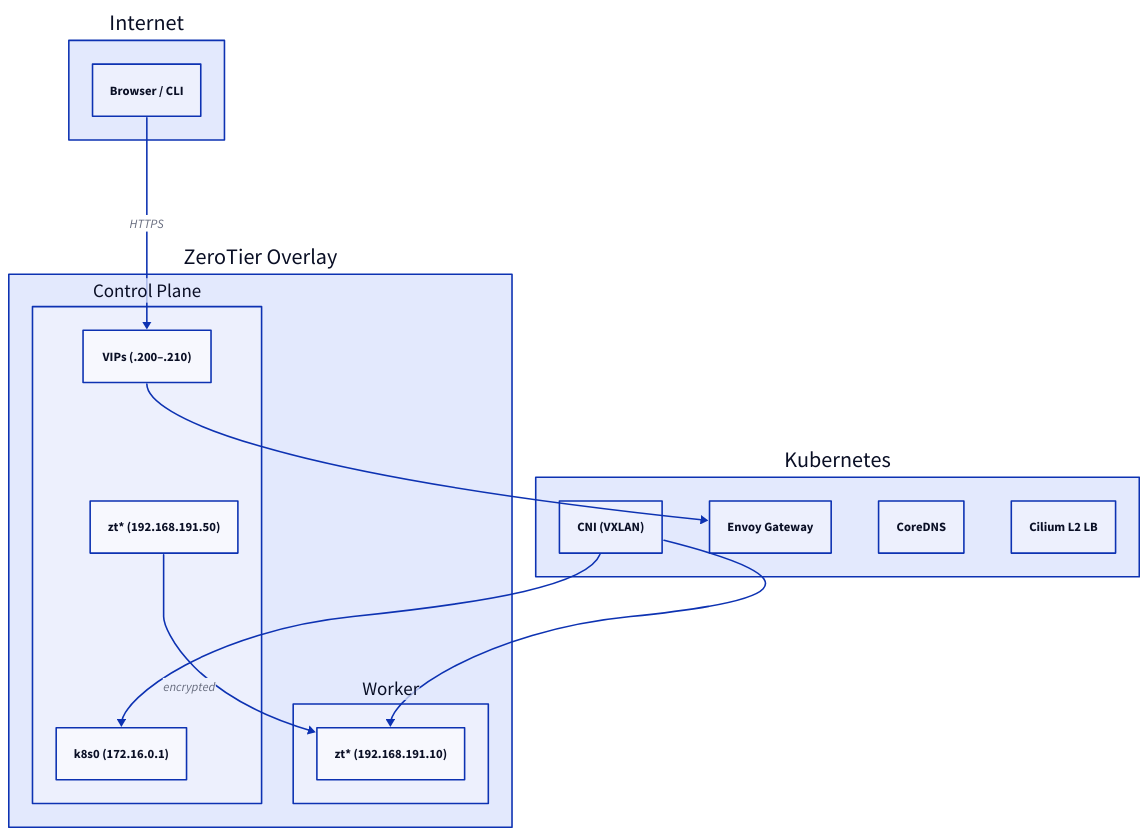
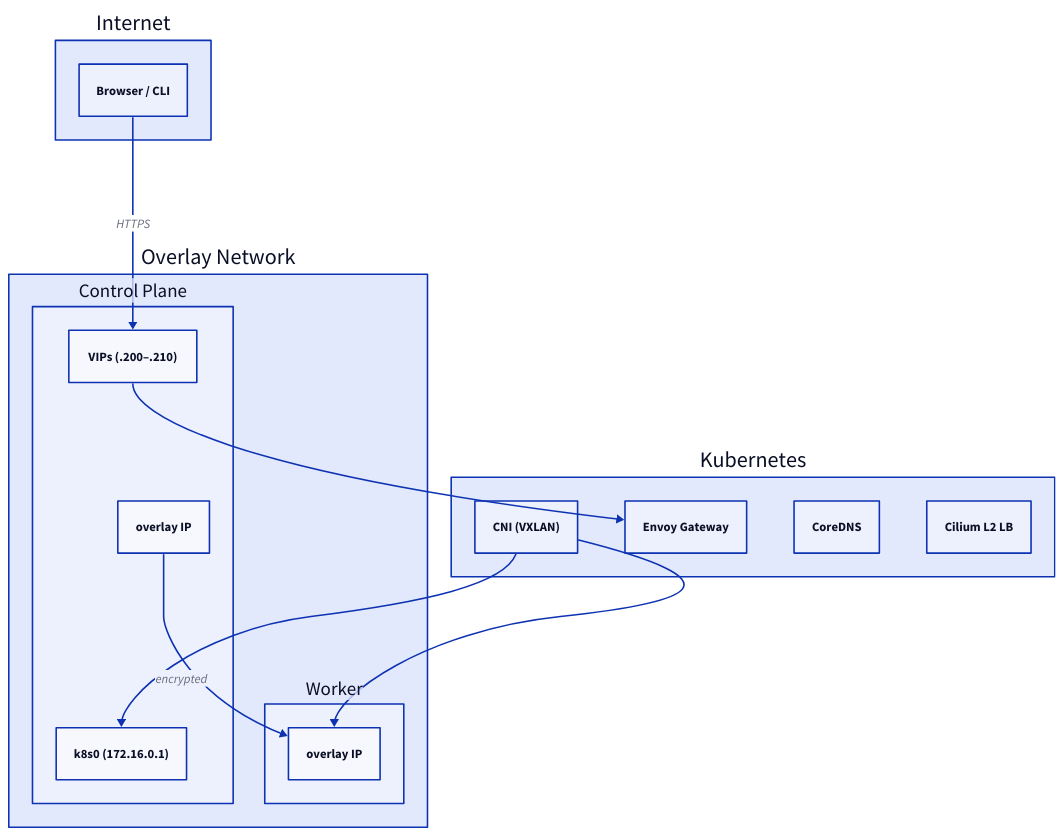
The first of 2 diagrams in src/content/docs/architecture/networking.md (thinkube/thinkube.org), drawn with D2 before and after one commit. The commit also changed other lines of this file and 6 other files, not shown here.

First line of the commit message:
Update docs for dual overlay provider support (ZeroTier + Tailscale)

````diff
--- a/src/content/docs/architecture/networking.md
+++ b/src/content/docs/architecture/networking.md
@@ -11,29 +13,29 @@
 ```d2
 Internet: {
   Client: Browser / CLI
 }
 
-ZeroTier Overlay: {
+Overlay Network: {
   Node A: Control Plane {
     k8s0: "k8s0 (172.16.0.1)"
-    zt: "zt* (192.168.191.50)"
+    overlay: "overlay IP"
     VIPs: "VIPs (.200–.210)"
   }
   Node B: Worker {
-    zt2: "zt* (192.168.191.10)"
+    overlay2: "overlay IP"
   }
 }
 
 Kubernetes: {
   Cilium: CNI (VXLAN)
   Gateway: Envoy Gateway
   DNS: CoreDNS
   LB: "Cilium L2 LB"
 }
 
-Internet.Client -> ZeroTier Overlay.Node A.VIPs: HTTPS
-ZeroTier Overlay.Node A.VIPs -> Kubernetes.Gateway
-ZeroTier Overlay.Node A.zt -> ZeroTier Overlay.Node B.zt2: encrypted
-Kubernetes.Cilium -> ZeroTier Overlay.Node A.k8s0
-Kubernetes.Cilium -> ZeroTier Overlay.Node B.zt2
+Internet.Client -> Overlay Network.Node A.VIPs: HTTPS
+Overlay Network.Node A.VIPs -> Kubernetes.Gateway
+Overlay Network.Node A.overlay -> Overlay Network.Node B.overlay2: encrypted
+Kubernetes.Cilium -> Overlay Network.Node A.k8s0
+Kubernetes.Cilium -> Overlay Network.Node B.overlay2
 ```
````
